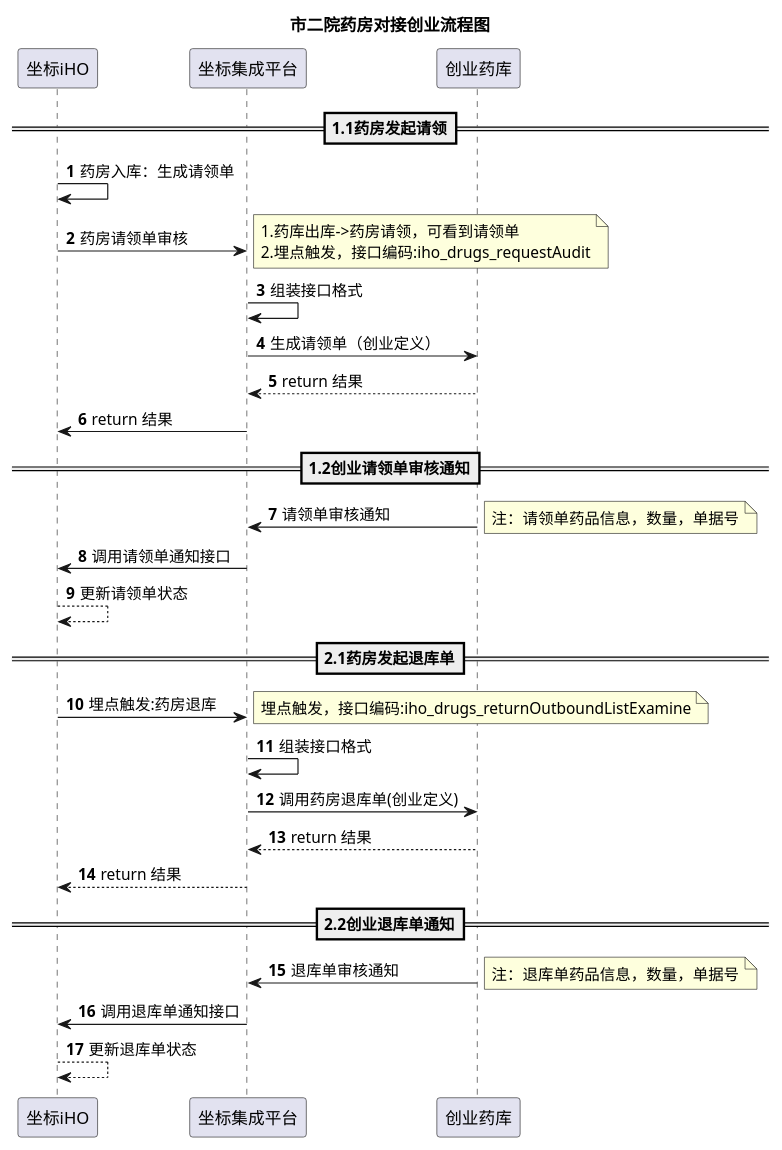
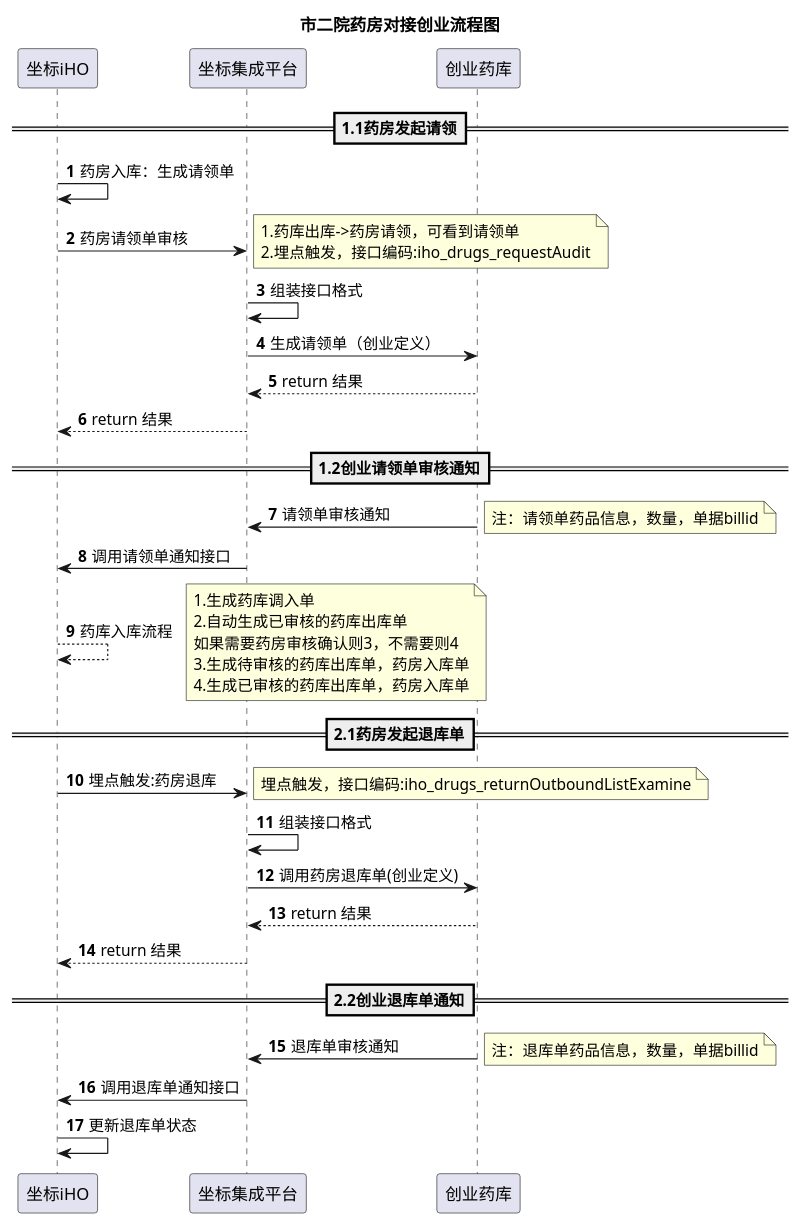
Before and after one commit to aoheng/PlantUML: the diagram in uml/cnhis/市二院对接.puml, drawn with PlantUML.

Commit message:
feat: 二院对接

```diff
--- a/uml/cnhis/市二院对接.puml
+++ b/uml/cnhis/市二院对接.puml
@@ -1,44 +1,51 @@
 @startuml
 'https://plantuml.com/sequence-diagram
 title 市二院药房对接创业流程图
 autonumber
 
 ==1.1药房发起请领==
 坐标iHO -> 坐标iHO: 药房入库：生成请领单
 坐标iHO -> 坐标集成平台: 药房请领单审核
 note right
 1.药库出库->药房请领，可看到请领单
 2.埋点触发，接口编码:iho_drugs_requestAudit
 end note
 坐标集成平台 -> 坐标集成平台: 组装接口格式
 坐标集成平台 -> 创业药库: 生成请领单（创业定义）
 坐标集成平台 <-- 创业药库: return 结果
-坐标iHO <- 坐标集成平台: return 结果
+坐标iHO <-- 坐标集成平台: return 结果
 
 ==1.2创业请领单审核通知==
 创业药库 -> 坐标集成平台: 请领单审核通知
 note right
-注：请领单药品信息，数量，单据号
+注：请领单药品信息，数量，单据billid
 end note
 坐标iHO <- 坐标集成平台: 调用请领单通知接口
-坐标iHO --> 坐标iHO: 更新请领单状态
+坐标iHO --> 坐标iHO: 药库入库流程
+note right
+1.生成药库调入单
+2.自动生成已审核的药库出库单
+如果需要药房审核确认则3，不需要则4
+3.生成待审核的药库出库单，药房入库单
+4.生成已审核的药库出库单，药房入库单
+end note
 
 ==2.1药房发起退库单==
 坐标iHO -> 坐标集成平台: 埋点触发:药房退库
 note right
 埋点触发，接口编码:iho_drugs_returnOutboundListExamine
 end note
 坐标集成平台 -> 坐标集成平台: 组装接口格式
 创业药库 <- 坐标集成平台: 调用药房退库单(创业定义)
 创业药库 --> 坐标集成平台: return 结果
 坐标iHO <-- 坐标集成平台: return 结果
 
 ==2.2创业退库单通知==
 创业药库 -> 坐标集成平台: 退库单审核通知
 note right
-注：退库单药品信息，数量，单据号
+注：退库单药品信息，数量，单据billid
 end note
 坐标iHO <- 坐标集成平台: 调用退库单通知接口
-坐标iHO --> 坐标iHO: 更新退库单状态
+坐标iHO -> 坐标iHO: 更新退库单状态
 
 @enduml
```
